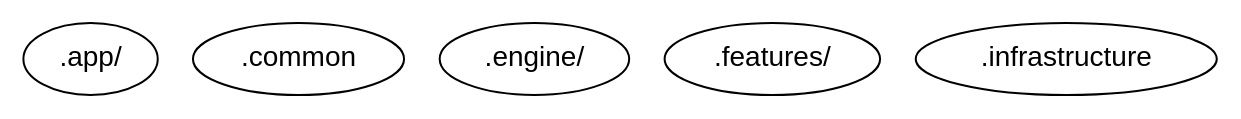
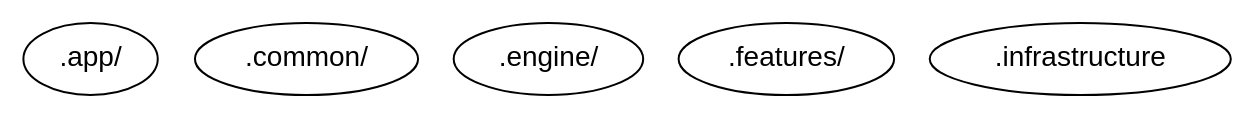
The diagram in docs/architecture/rings.dot (squliyev/bio-claim-check), drawn with Graphviz before and after one commit. The commit also changed 17 other files, not shown here.

```diff
--- a/docs/architecture/rings.dot
+++ b/docs/architecture/rings.dot
@@ -1,8 +1,8 @@
 digraph {
     node [fontname=helvetica]
     ".app" [label=".app/"]
-    ".common"
+    ".common" [label=".common/"]
     ".engine" [label=".engine/"]
     ".features" [label=".features/"]
     ".infrastructure"
 }
```
